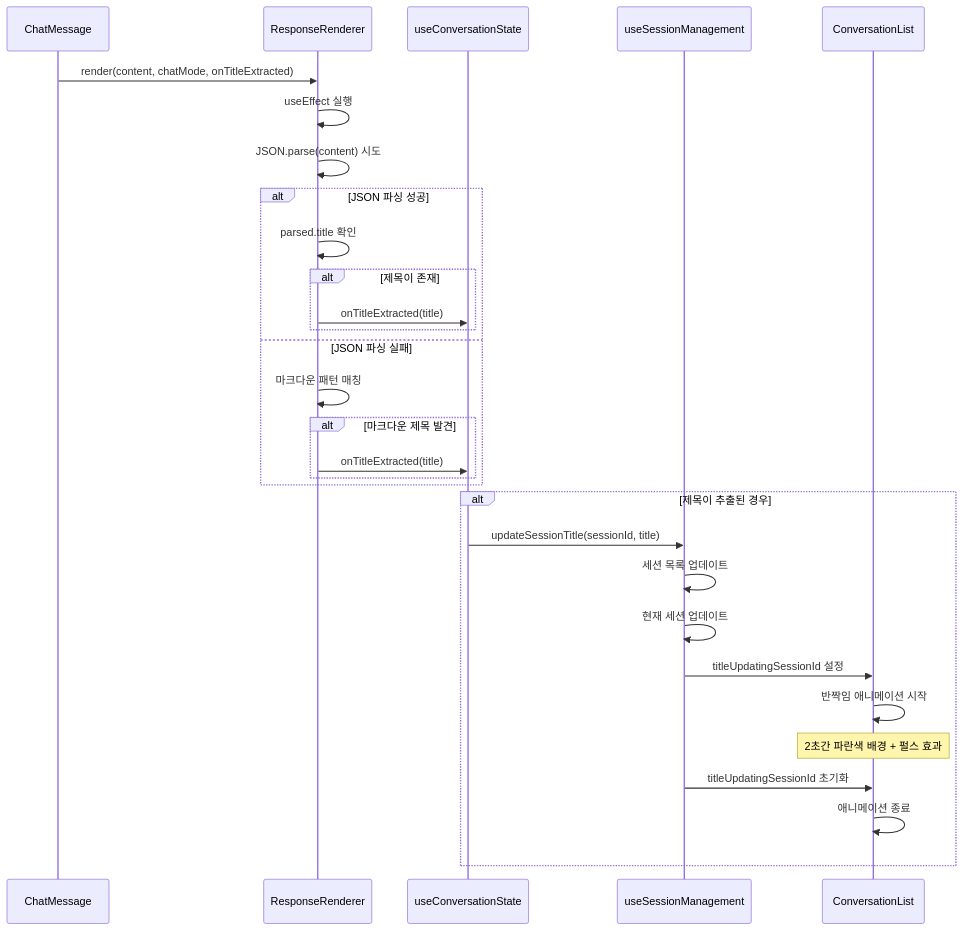
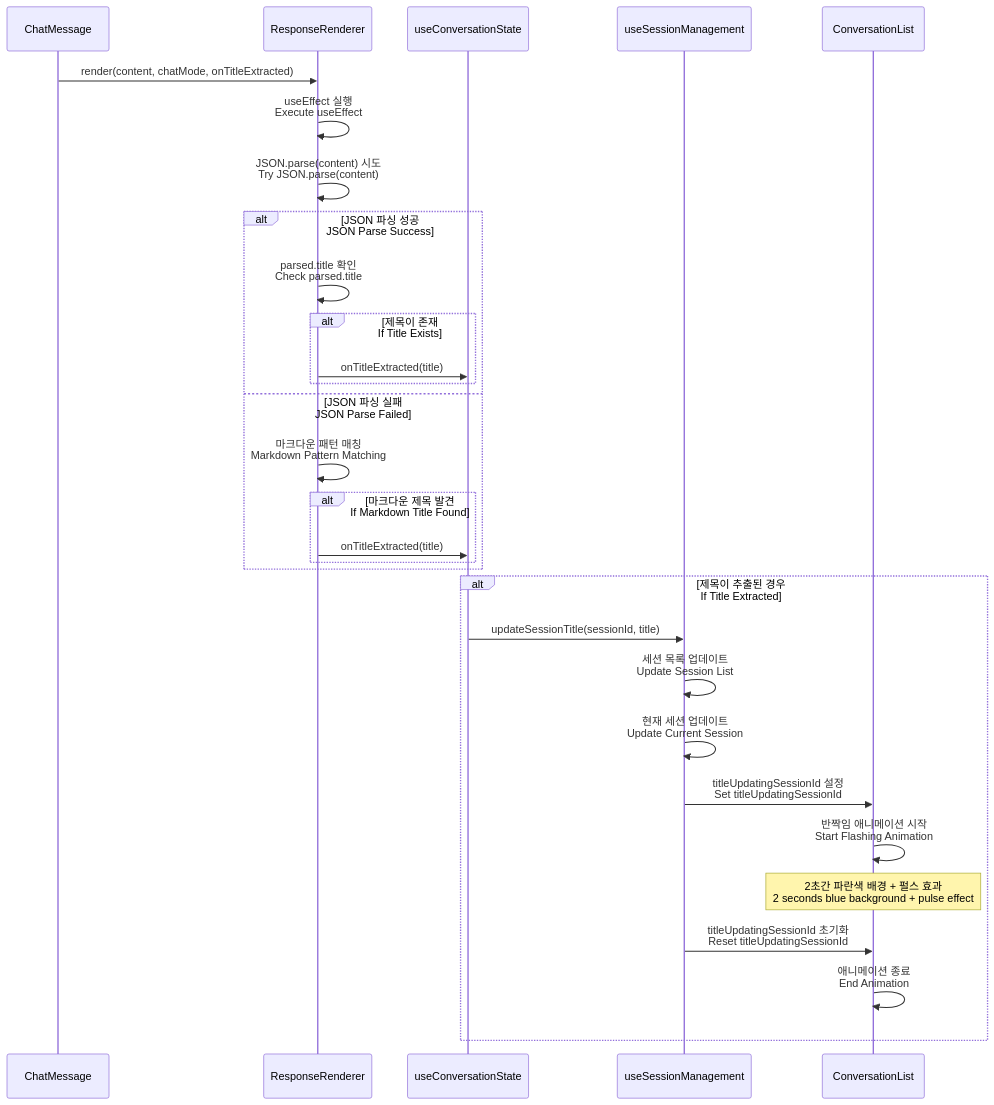
One commit to p0pular131/askspec-chat-assistant changed diagram 12 of 19 in docs/design-specification.md. Above: the diagram before and after it, drawn with Mermaid. The commit also changed other lines of this file and 1 other file, not shown here.

First line of the commit message:
Refactor: Adjust diagram layout for readability

````diff
--- a/docs/design-specification.md
+++ b/docs/design-specification.md
@@ -622,37 +652,37 @@
 ```mermaid
 sequenceDiagram
     participant ChatMessage as ChatMessage
     participant Renderer as ResponseRenderer
     participant State as useConversationState
     participant Session as useSessionManagement
     participant UI as ConversationList
 
     ChatMessage->>Renderer: render(content, chatMode, onTitleExtracted)
-    Renderer->>Renderer: useEffect 실행
-    Renderer->>Renderer: JSON.parse(content) 시도
+    Renderer->>Renderer: useEffect 실행<br/>Execute useEffect
+    Renderer->>Renderer: JSON.parse(content) 시도<br/>Try JSON.parse(content)
     
-    alt JSON 파싱 성공
-        Renderer->>Renderer: parsed.title 확인
-        alt 제목이 존재
+    alt JSON 파싱 성공<br/>JSON Parse Success
+        Renderer->>Renderer: parsed.title 확인<br/>Check parsed.title
+        alt 제목이 존재<br/>If Title Exists
             Renderer->>State: onTitleExtracted(title)
         end
-    else JSON 파싱 실패
-        Renderer->>Renderer: 마크다운 패턴 매칭
-        alt 마크다운 제목 발견
+    else JSON 파싱 실패<br/>JSON Parse Failed
+        Renderer->>Renderer: 마크다운 패턴 매칭<br/>Markdown Pattern Matching
+        alt 마크다운 제목 발견<br/>If Markdown Title Found
             Renderer->>State: onTitleExtracted(title)
         end
     end
     
-    alt 제목이 추출된 경우
+    alt 제목이 추출된 경우<br/>If Title Extracted
         State->>Session: updateSessionTitle(sessionId, title)
-        Session->>Session: 세션 목록 업데이트
-        Session->>Session: 현재 세션 업데이트
-        Session->>UI: titleUpdatingSessionId 설정
-        UI->>UI: 반짝임 애니메이션 시작
+        Session->>Session: 세션 목록 업데이트<br/>Update Session List
+        Session->>Session: 현재 세션 업데이트<br/>Update Current Session
+        Session->>UI: titleUpdatingSessionId 설정<br/>Set titleUpdatingSessionId
+        UI->>UI: 반짝임 애니메이션 시작<br/>Start Flashing Animation
         
-        Note over UI: 2초간 파란색 배경 + 펄스 효과
+        Note over UI: 2초간 파란색 배경 + 펄스 효과<br/>2 seconds blue background + pulse effect
         
-        Session->>UI: titleUpdatingSessionId 초기화
-        UI->>UI: 애니메이션 종료
+        Session->>UI: titleUpdatingSessionId 초기화<br/>Reset titleUpdatingSessionId
+        UI->>UI: 애니메이션 종료<br/>End Animation
     end
 ```
````
